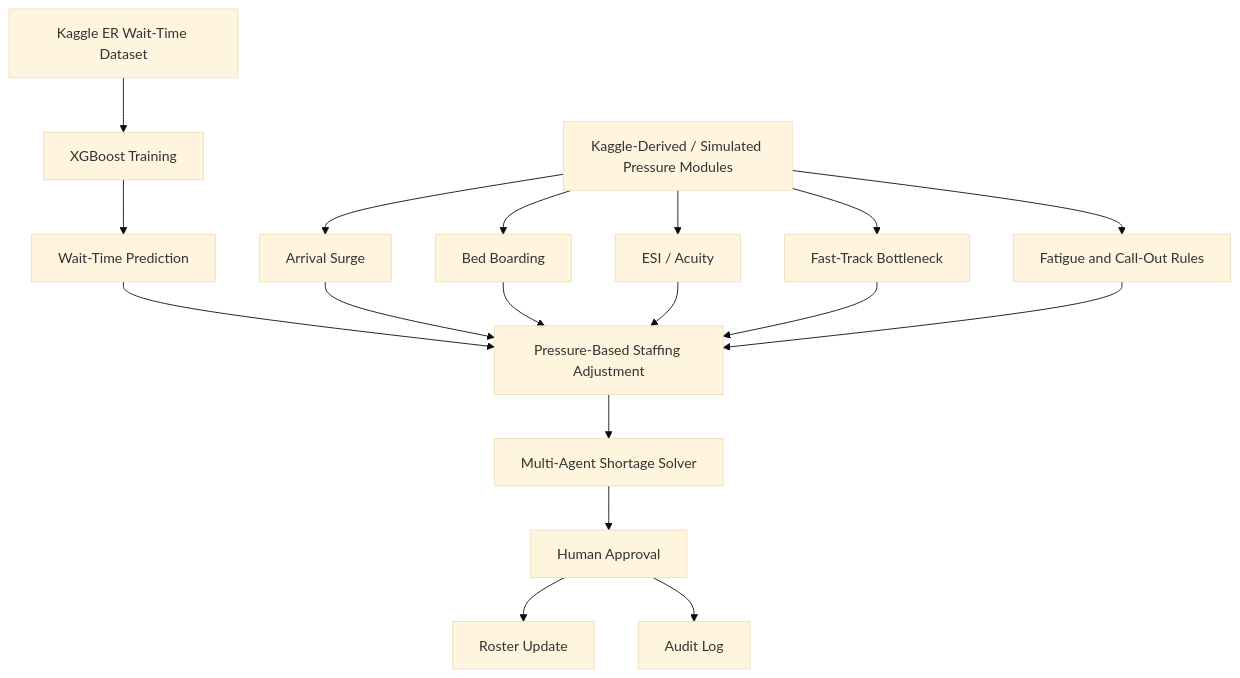
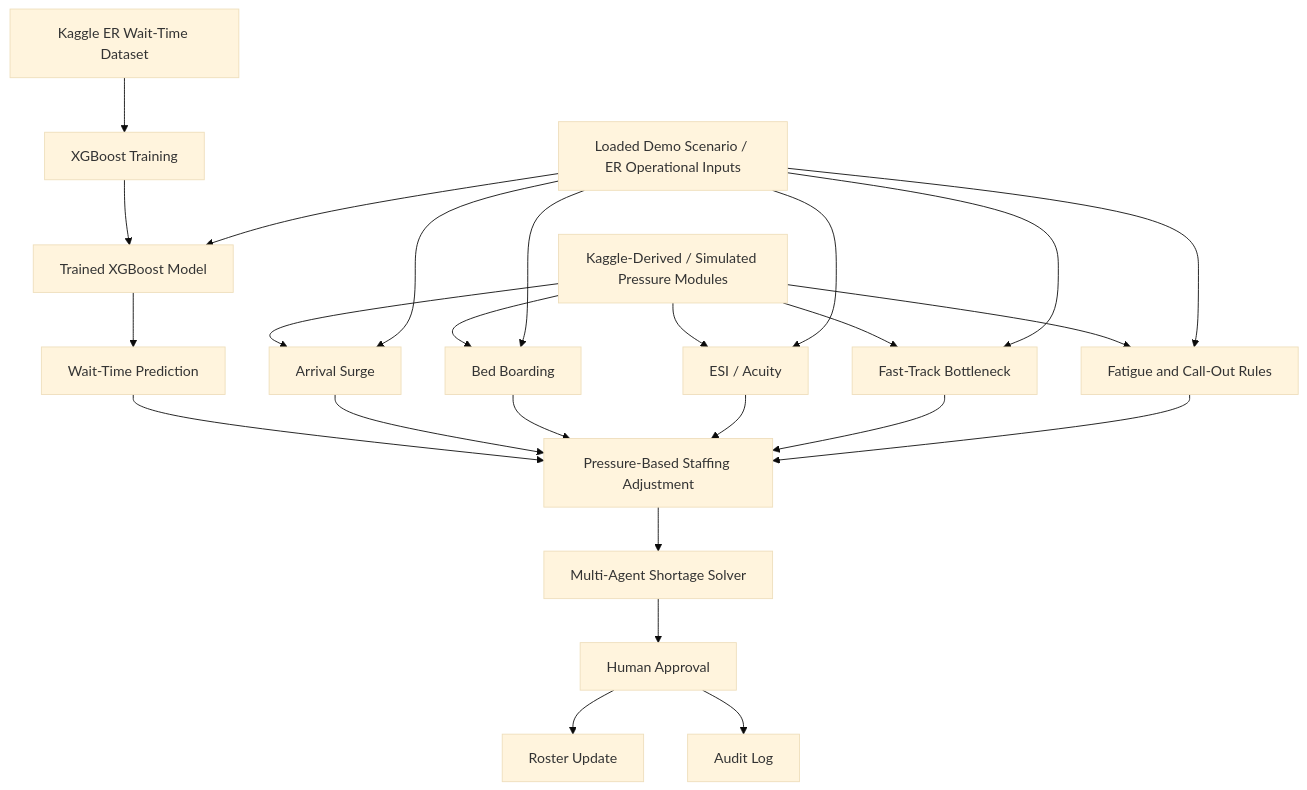
The second of 2 diagrams in README.md (draculess99/SafeStaff_AI), drawn with Mermaid (base theme) before and after one commit. The commit also changed other lines of this file, not shown here.

````diff
--- a/README.md
+++ b/README.md
@@ -228,23 +228,32 @@
 ```mermaid
 flowchart TD
     A[Kaggle ER Wait-Time Dataset] --> B[XGBoost Training]
-    B --> C[Wait-Time Prediction]
+    B --> C[Trained XGBoost Model]
+
+    S[Loaded Demo Scenario / ER Operational Inputs] --> C
+    C --> P[Wait-Time Prediction]
 
     D[Kaggle-Derived / Simulated Pressure Modules] --> D1[Arrival Surge]
     D --> D2[Bed Boarding]
     D --> D3[ESI / Acuity]
     D --> D4[Fast-Track Bottleneck]
     D --> D5[Fatigue and Call-Out Rules]
 
-    C --> E[Pressure-Based Staffing Adjustment]
+    S --> D1
+    S --> D2
+    S --> D3
+    S --> D4
+    S --> D5
+
+    P --> E[Pressure-Based Staffing Adjustment]
     D1 --> E
     D2 --> E
     D3 --> E
     D4 --> E
     D5 --> E
 
     E --> F[Multi-Agent Shortage Solver]
     F --> G[Human Approval]
     G --> H[Roster Update]
     G --> I[Audit Log]
 ```
````
